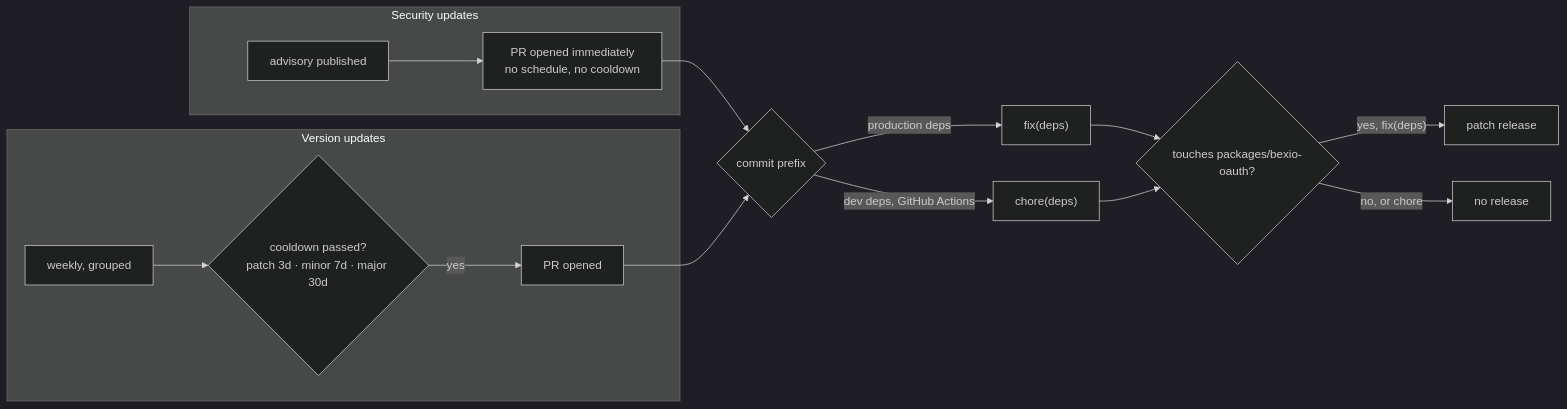
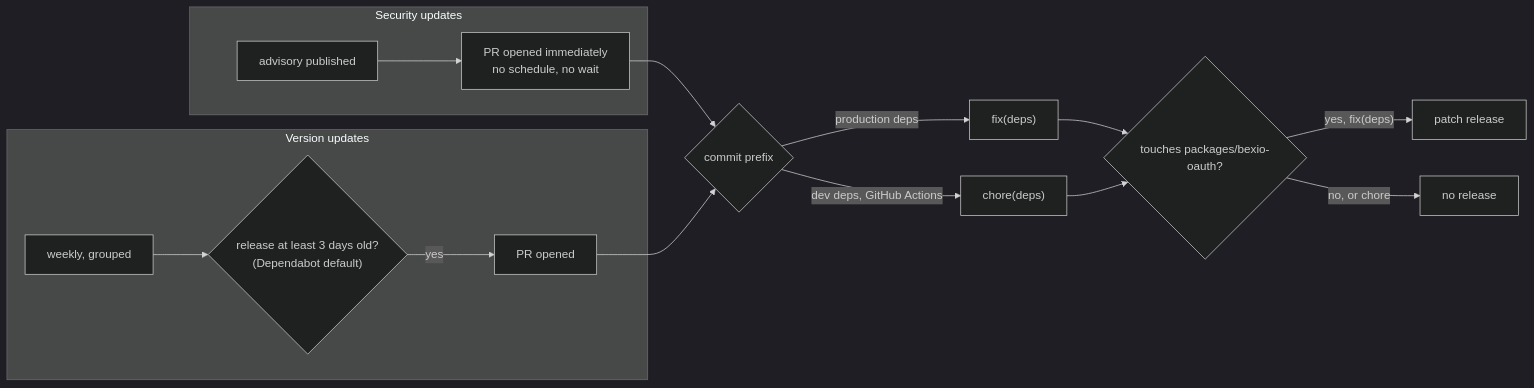
Before and after one commit to SoulcodeAgency/bexio-oauth: the fifth of 5 diagrams in docs/development.md, drawn with Mermaid (dark theme). The commit also changed other lines of this file and 2 other files, not shown here.

First line of the commit message:
ci(#3): use Dependabot's default cooldown, auto-merge 0.x minors

````diff
--- a/docs/development.md
+++ b/docs/development.md
@@ -173,16 +173,16 @@
 ```mermaid
 flowchart LR
     subgraph sec ["Security updates"]
-        A1["advisory published"] --> A2["PR opened immediately<br/>no schedule, no cooldown"]
+        A1["advisory published"] --> A2["PR opened immediately<br/>no schedule, no wait"]
     end
     subgraph ver ["Version updates"]
-        B1["weekly, grouped"] --> B2{"cooldown passed?<br/>patch 3d · minor 7d · major 30d"}
+        B1["weekly, grouped"] --> B2{"release at least 3 days old?<br/>(Dependabot default)"}
         B2 -->|yes| B3["PR opened"]
     end
     A2 & B3 --> P{"commit prefix"}
     P -->|"production deps"| F["fix(deps)"]
     P -->|"dev deps, GitHub Actions"| C["chore(deps)"]
     F & C --> R{"touches packages/bexio-oauth?"}
     R -->|"yes, fix(deps)"| Rel["patch release"]
     R -->|"no, or chore"| NoRel["no release"]
 ```
````
